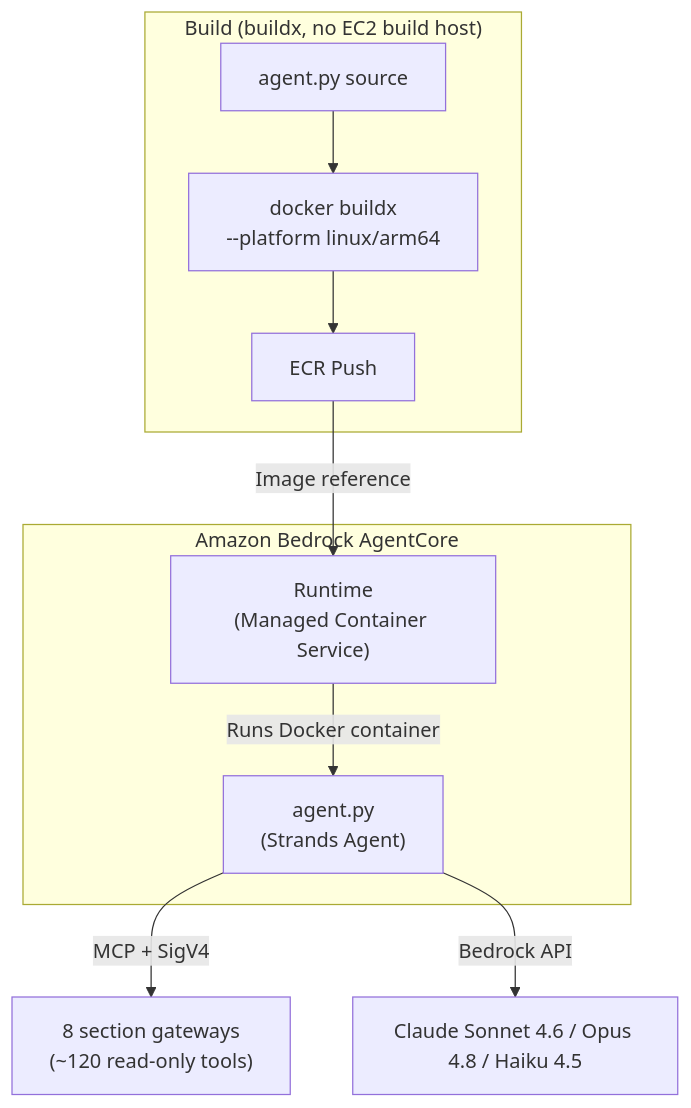
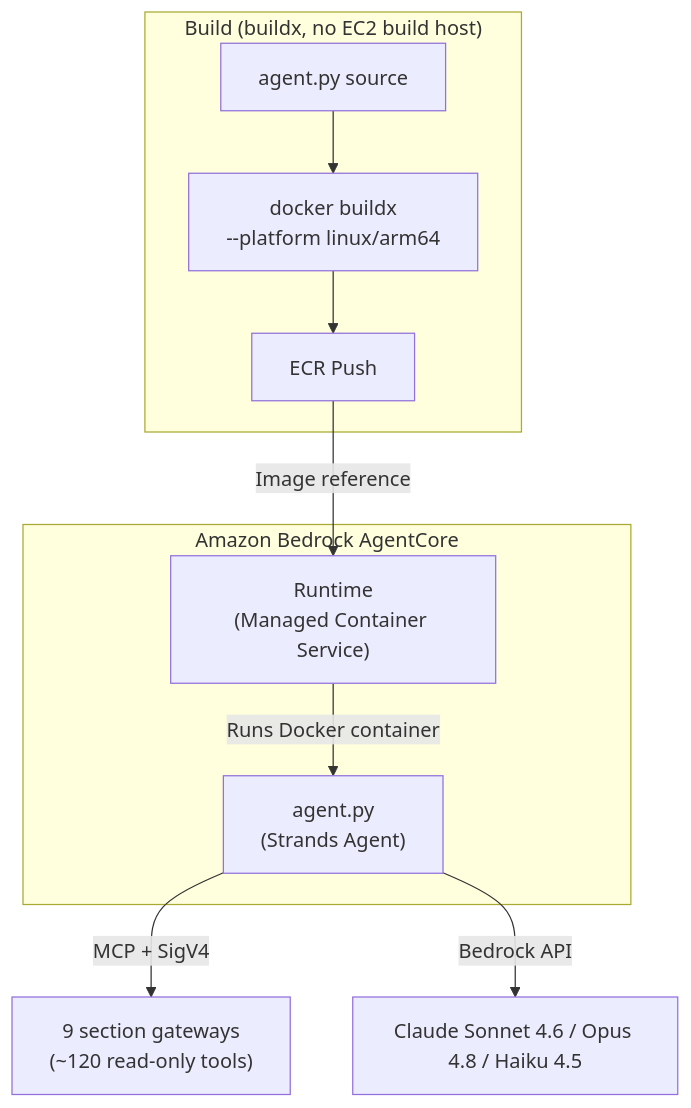
Before and after one commit to Atom-oh/awsops: the second of 7 diagrams in docs-site/i18n/en/docusaurus-plugin-content-docs/current/faq/agentcore-memory.md, drawn with Mermaid. The commit also changed other lines of this file and 10 other files, not shown here.

````diff
--- a/docs-site/i18n/en/docusaurus-plugin-content-docs/current/faq/agentcore-memory.md
+++ b/docs-site/i18n/en/docusaurus-plugin-content-docs/current/faq/agentcore-memory.md
@@ -40,17 +40,17 @@
 ```mermaid
 flowchart TD
   subgraph AC["Amazon Bedrock AgentCore"]
     RT["Runtime<br/>(Managed Container Service)"]
     RT -->|"Runs Docker container"| AGENT["agent.py<br/>(Strands Agent)"]
   end
 
   subgraph BUILD["Build (buildx, no EC2 build host)"]
     SRC["agent.py source"] --> DOCKER["docker buildx<br/>--platform linux/arm64"]
     DOCKER --> ECR["ECR Push"]
   end
 
   ECR -->|"Image reference"| RT
 
-  AGENT -->|"MCP + SigV4"| GW["8 section gateways<br/>(~120 read-only tools)"]
+  AGENT -->|"MCP + SigV4"| GW["9 section gateways<br/>(~120 read-only tools)"]
   AGENT -->|"Bedrock API"| MODEL["Claude Sonnet 4.6 / Opus 4.8 / Haiku 4.5"]
 ```
````
